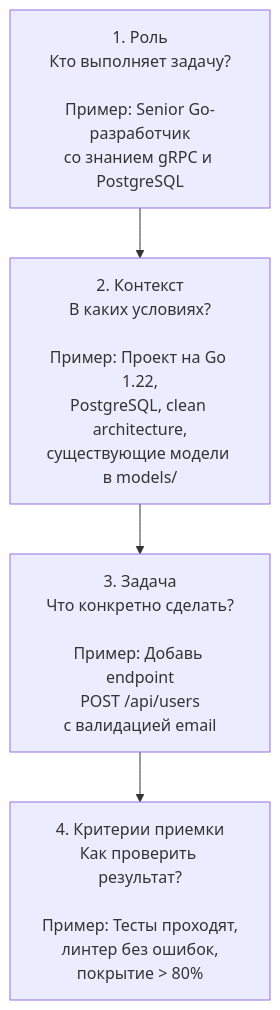
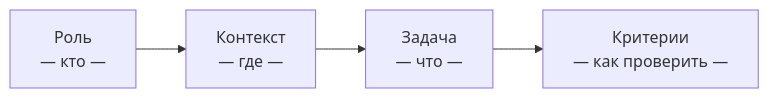
Before and after one commit to maddevsio/ai-adoption-course: the first of 2 diagrams in course/module-3-prompting/diagrams/prompt-structure.md, drawn with Mermaid. The commit also changed other lines of this file and 14 other files, not shown here.

````diff
--- a/course/module-3-prompting/diagrams/prompt-structure.md
+++ b/course/module-3-prompting/diagrams/prompt-structure.md
@@ -5,9 +5,4 @@
 ```mermaid
-flowchart TD
-    R["1. Роль\nКто выполняет задачу?\n\nПример: Senior Go-разработчик\nсо знанием gRPC и PostgreSQL"]
-    C["2. Контекст\nВ каких условиях?\n\nПример: Проект на Go 1.22,\nPostgreSQL, clean architecture,\nсуществующие модели в models/"]
-    T["3. Задача\nЧто конкретно сделать?\n\nПример: Добавь endpoint\nPOST /api/users\nс валидацией email"]
-    A["4. Критерии приемки\nКак проверить результат?\n\nПример: Тесты проходят,\nлинтер без ошибок,\nпокрытие > 80%"]
-
-    R --> C --> T --> A
+flowchart LR
+    R["Роль\n— кто —"] --> C["Контекст\n— где —"] --> T["Задача\n— что —"] --> A["Критерии\n— как проверить —"]
 ```
````
